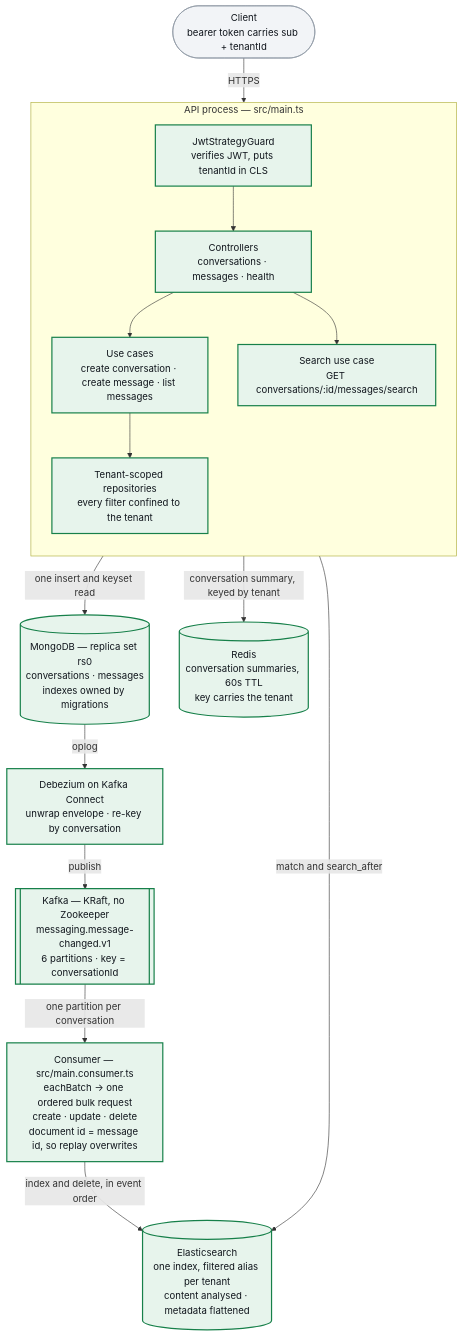
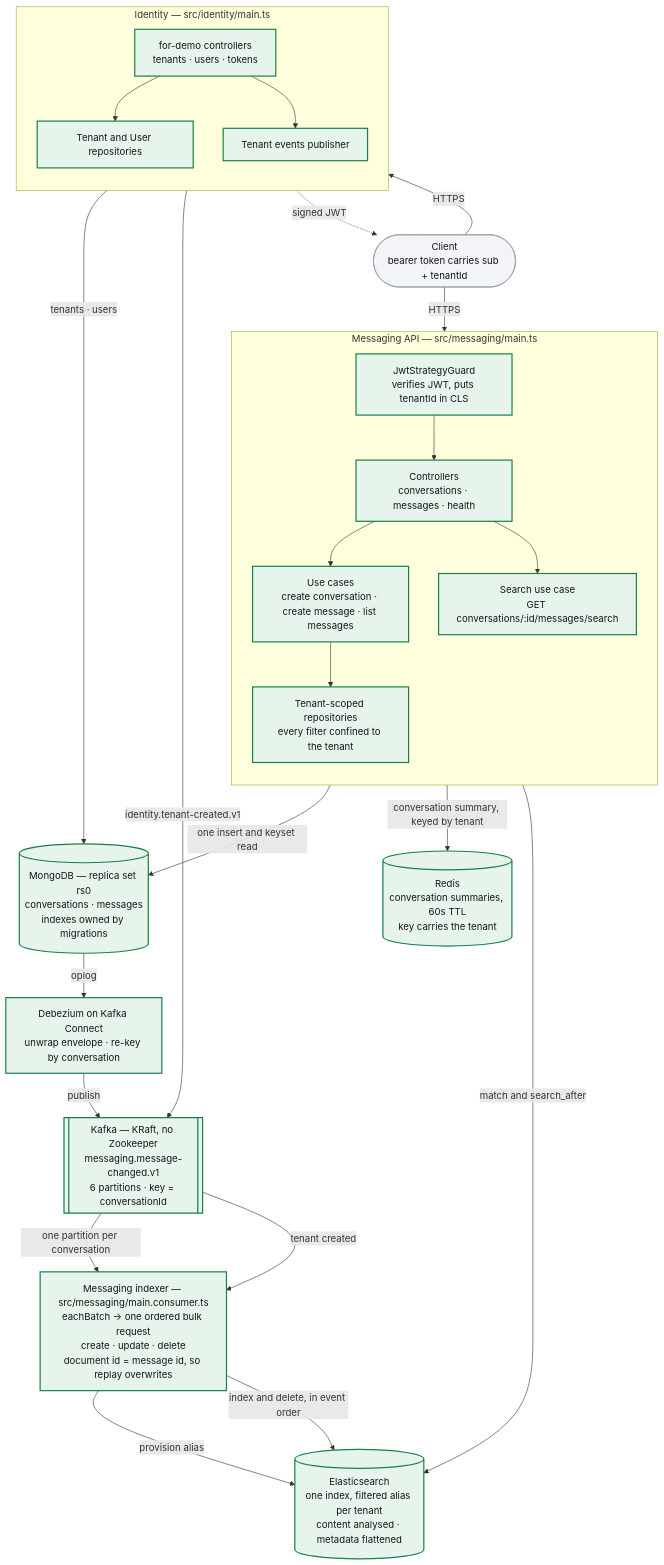
One commit to tiennguyen1203/tawkto-messaging changed the diagram in docs/architecture.md. Above: the diagram before and after it, drawn with Mermaid. The commit also changed other lines of this file and 30 other files, not shown here.

Commit message:
feat: publish and consume tenant created to provision elasticsearch alias

````diff
--- a/docs/architecture.md
+++ b/docs/architecture.md
@@ -12,42 +12,59 @@
 ```mermaid
 flowchart TD
     client(["Client<br/>bearer token carries sub + tenantId"])
 
-    subgraph api["API process — src/main.ts"]
+    subgraph identity["Identity — src/identity/main.ts"]
+        direction TB
+        idctl["for-demo controllers<br/>tenants · users · tokens"]
+        idrepo["Tenant and User repositories"]
+        idpub["Tenant events publisher"]
+    end
+
+    subgraph api["Messaging API — src/messaging/main.ts"]
         direction TB
         guard["JwtStrategyGuard<br/>verifies JWT, puts tenantId in CLS"]
         ctl["Controllers<br/>conversations · messages · health"]
         uc["Use cases<br/>create conversation · create message · list messages"]
         repo["Tenant-scoped repositories<br/>every filter confined to the tenant"]
         searchuc["Search use case<br/>GET conversations/:id/messages/search"]
     end
 
     mongo[("MongoDB — replica set rs0<br/>conversations · messages<br/>indexes owned by migrations")]
     redis[("Redis<br/>conversation summaries, 60s TTL<br/>key carries the tenant")]
     dbz["Debezium on Kafka Connect<br/>unwrap envelope · re-key by conversation"]
     kafka[["Kafka — KRaft, no Zookeeper<br/>messaging.message-changed.v1<br/>6 partitions · key = conversationId"]]
-    consumer["Consumer — src/main.consumer.ts<br/>eachBatch → one ordered bulk request<br/>create · update · delete<br/>document id = message id, so replay overwrites"]
+    consumer["Messaging indexer — src/messaging/main.consumer.ts<br/>eachBatch → one ordered bulk request<br/>create · update · delete<br/>document id = message id, so replay overwrites"]
     es[("Elasticsearch<br/>one index, filtered alias per tenant<br/>content analysed · metadata flattened")]
+
+    client -->|HTTPS| idctl
+    idctl --> idrepo
+    idctl --> idpub
+    idrepo -->|tenants · users| mongo
+    idpub -->|identity.tenant-created.v1| kafka
+    idctl -.->|signed JWT| client
 
     client -->|HTTPS| guard
     guard --> ctl
     ctl --> uc
     uc --> repo
     repo -->|one insert and keyset read| mongo
     repo -->|conversation summary, keyed by tenant| redis
     mongo -->|oplog| dbz
     dbz -->|publish| kafka
     kafka -->|one partition per conversation| consumer
+    kafka -->|tenant created| consumer
+    consumer -->|provision alias| es
     consumer -->|index and delete, in event order| es
     ctl --> searchuc
     searchuc -->|match and search_after| es
 
     classDef done fill:#e7f4ec,stroke:#17804a,stroke-width:2px,color:#11161d
     classDef wip fill:#fbf2df,stroke:#a2700a,stroke-width:2px,color:#11161d
     classDef todo fill:#fbeceb,stroke:#b23a2f,stroke-width:2px,color:#11161d
     classDef plain fill:#f2f4f7,stroke:#8b95a1,stroke-width:1px,color:#11161d
 
     class client plain
     class guard,ctl,uc,repo,mongo,dbz,kafka,consumer,es,searchuc done
+    class idctl,idrepo,idpub done
     class redis done
 ```
````
